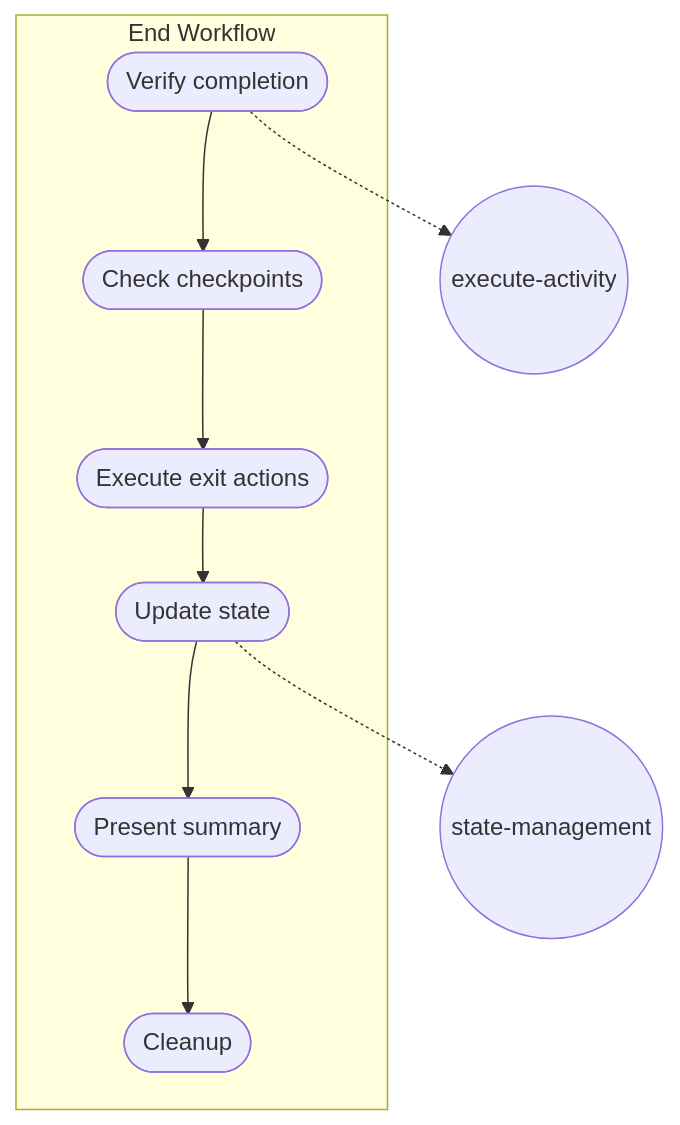
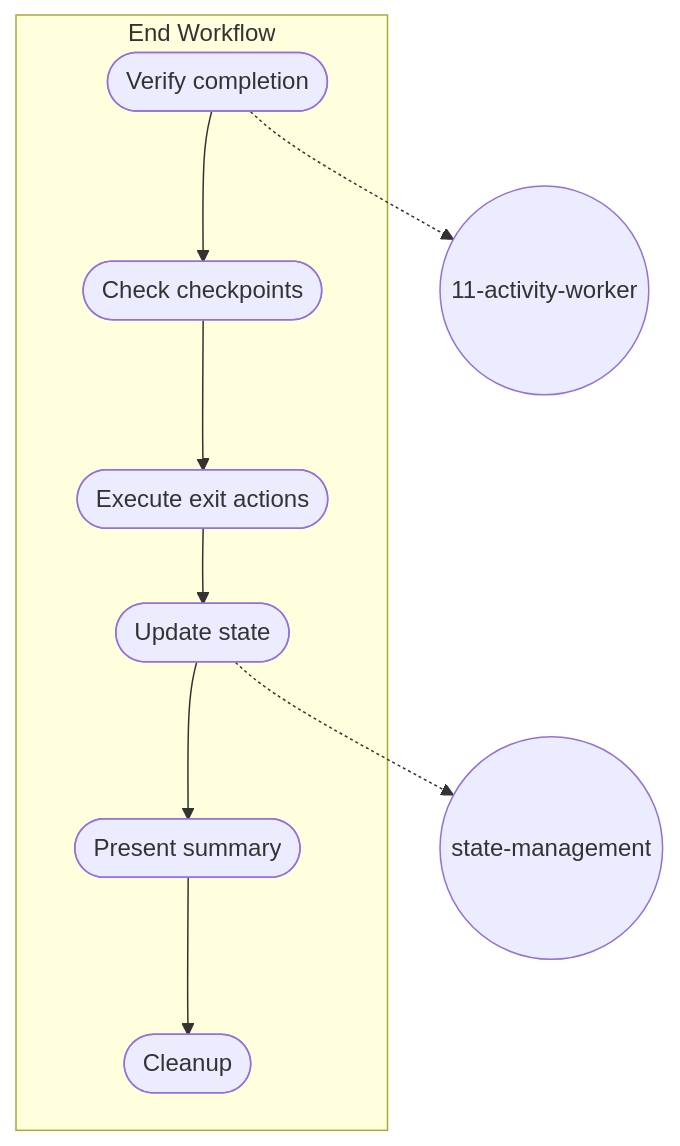
Before and after one commit to m2ux/workflow-server: the fifth of 5 diagrams in meta/README.md, drawn with Mermaid. The commit also changed other lines of this file and 210 other files, not shown here.

````diff
--- a/meta/README.md
+++ b/meta/README.md
@@ -150,19 +195,19 @@
 ```mermaid
 graph TD
     subgraph end-workflow[End Workflow]
         e1([Verify completion])
         e2([Check checkpoints])
         e3([Execute exit actions])
         e4([Update state])
         e5([Present summary])
         e6([Cleanup])
         
         e1 --> e2 --> e3 --> e4 --> e5 --> e6
     end
     
-    skill1((execute-activity))
+    skill1((11-activity-worker))
     skill3((state-management))
     
     e1 -.-> skill1
     e4 -.-> skill3
 ```
````
